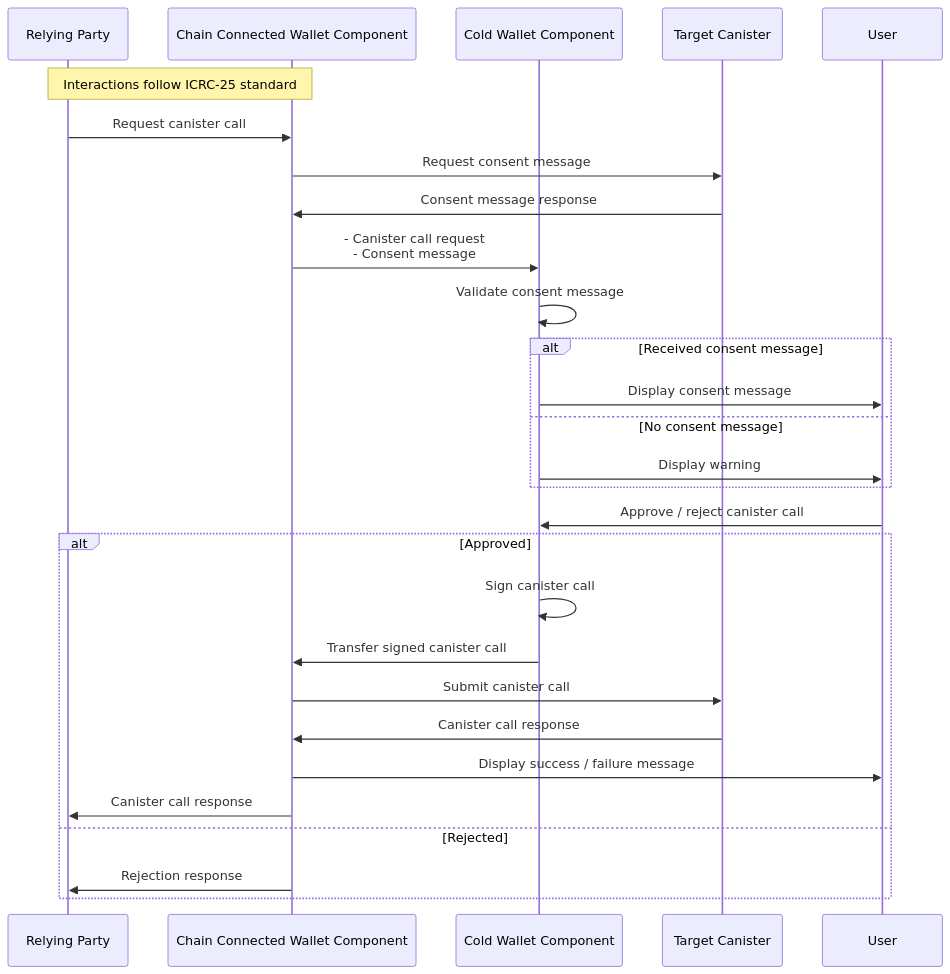
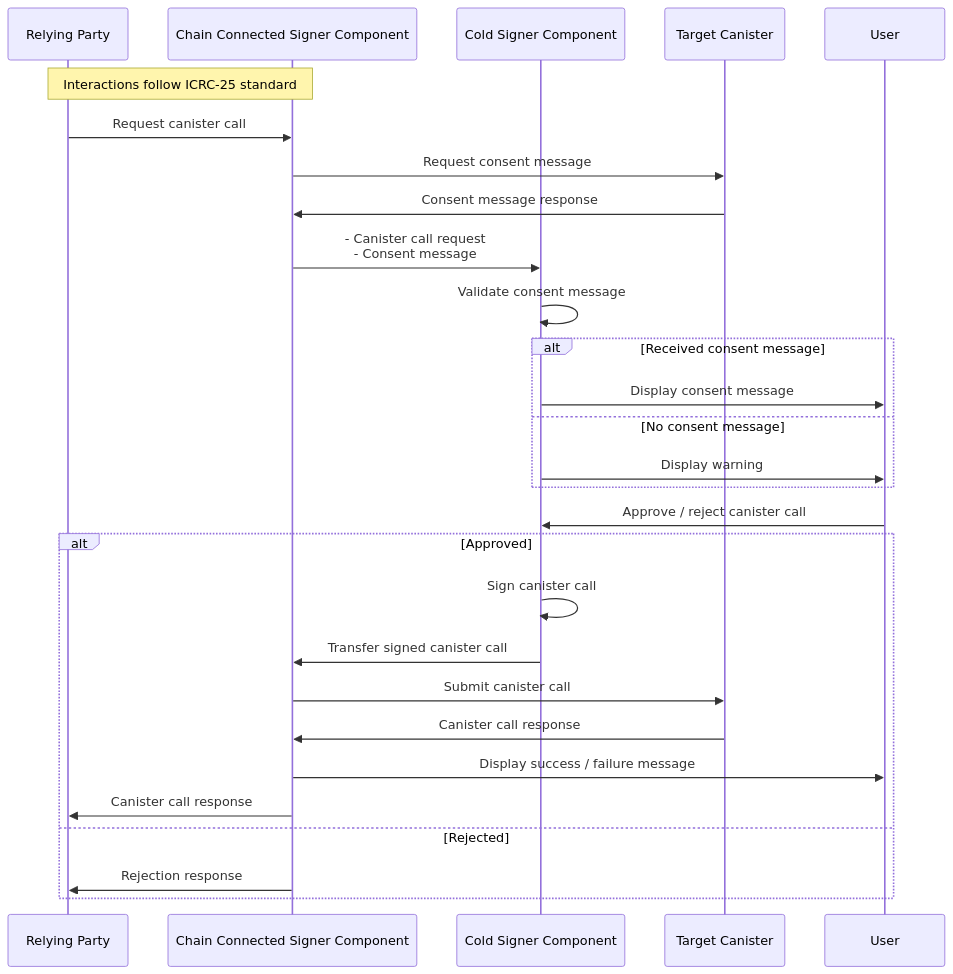
Before and after one commit to dfinity/wg-identity-authentication: the second of 2 diagrams in topics/icrc_21_consent_msg.md, drawn with Mermaid. The commit also changed other lines of this file, not shown here.

First line of the commit message:
ICRC-21: Update standard to reflect signer rename in ICRC-25

````diff
--- a/topics/icrc_21_consent_msg.md
+++ b/topics/icrc_21_consent_msg.md
@@ -182,31 +182,31 @@
 ```mermaid
 sequenceDiagram
     participant RP as Relying Party
-    participant W as Chain Connected Wallet Component
-    participant CW as Cold Wallet Component
+    participant S as Chain Connected Signer Component
+    participant CS as Cold Signer Component
     participant T as Target Canister
     participant U as User
 
-    Note over RP, W: Interactions follow ICRC-25 standard
-    RP ->> W: Request canister call
-    W ->> T: Request consent message
-    T ->> W: Consent message response
-    W ->> CW: - Canister call request<br>- Consent message
-    CW ->> CW: Validate consent message
+    Note over RP, S: Interactions follow ICRC-25 standard
+    RP ->> S: Request canister call
+    S ->> T: Request consent message
+    T ->> S: Consent message response
+    S ->> CS: - Canister call request<br>- Consent message
+    CS ->> CS: Validate consent message
     alt Received consent message
-        CW ->> U: Display consent message
+        CS ->> U: Display consent message
     else No consent message
-        CW ->> U: Display warning
+        CS ->> U: Display warning
     end
-    U ->> CW: Approve / reject canister call
+    U ->> CS: Approve / reject canister call
     alt Approved
-    CW ->> CW: Sign canister call
-    CW ->> W: Transfer signed canister call
-    W ->> T: Submit canister call
-    T ->> W: Canister call response
-    W ->> U: Display success / failure message
-    W ->> RP: Canister call response
+    CS ->> CS: Sign canister call
+    CS ->> S: Transfer signed canister call
+    S ->> T: Submit canister call
+    T ->> S: Canister call response
+    S ->> U: Display success / failure message
+    S ->> RP: Canister call response
     else Rejected
-    W ->> RP: Rejection response
+    S ->> RP: Rejection response
     end
 ```
````
